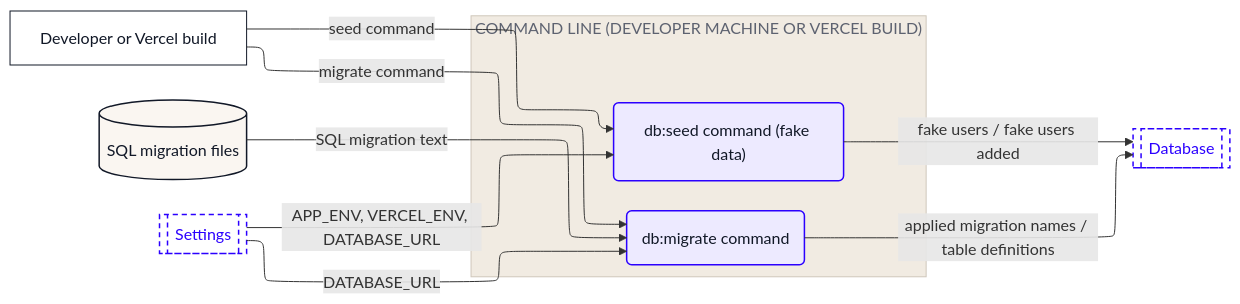
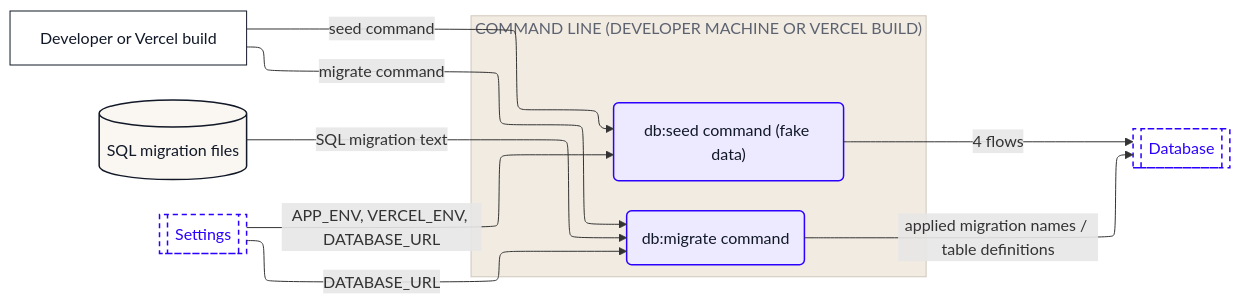
Before and after one commit to Romain-Perche/Barnacle-Pipe: the fourth of 8 diagrams in dataflow/DATAFLOW.md, drawn with Mermaid. The commit also changed other lines of this file and 12 other files, not shown here.

````diff
--- a/dataflow/DATAFLOW.md
+++ b/dataflow/DATAFLOW.md
@@ -161,33 +184,33 @@
 ```mermaid
 ---
 config:
   layout: elk
 ---
 flowchart LR
     n1["Developer or Vercel build"]
     n2[("SQL migration files")]
     subgraph z1["COMMAND LINE (DEVELOPER MACHINE OR VERCEL BUILD)"]
         n3("db:migrate command")
         n4("db:seed command (fake data)")
     end
     n5[["Database"]]
     n6[["Settings"]]
     n1 -->|"migrate command"| n3
     n1 -->|"seed command"| n4
     n6 -->|"DATABASE_URL"| n3
     n6 -->|"APP_ENV, VERCEL_ENV, DATABASE_URL"| n4
     n3 -->|"applied migration names / table definitions"| n5
     n2 -->|"SQL migration text"| n3
-    n4 -->|"fake users / fake users added"| n5
+    n4 -->|"4 flows"| n5
     classDef actor fill:#FFFFFF,stroke:#111827,stroke-width:1px,color:#111827
     classDef process fill:#EDEAFF,stroke:#2B00FF,stroke-width:1.5px,color:#111827
     classDef store fill:#FAF6F1,stroke:#111827,stroke-width:1.5px,color:#111827
     classDef zone fill:#1A1A1A,stroke:#1A1A1A,color:#FFFFFF
     classDef group fill:#2B00FF,stroke:#2B00FF,color:#FFFFFF
     classDef stub fill:#FFFFFF,stroke:#2B00FF,stroke-width:1.5px,stroke-dasharray:5 4,color:#2B00FF
     class n1 actor
     class n3,n4 process
     class n2 store
     class n5,n6 stub
     style z1 fill:#F1EBE2,stroke:#CFC7BB,color:#5D6270
 ```
````
